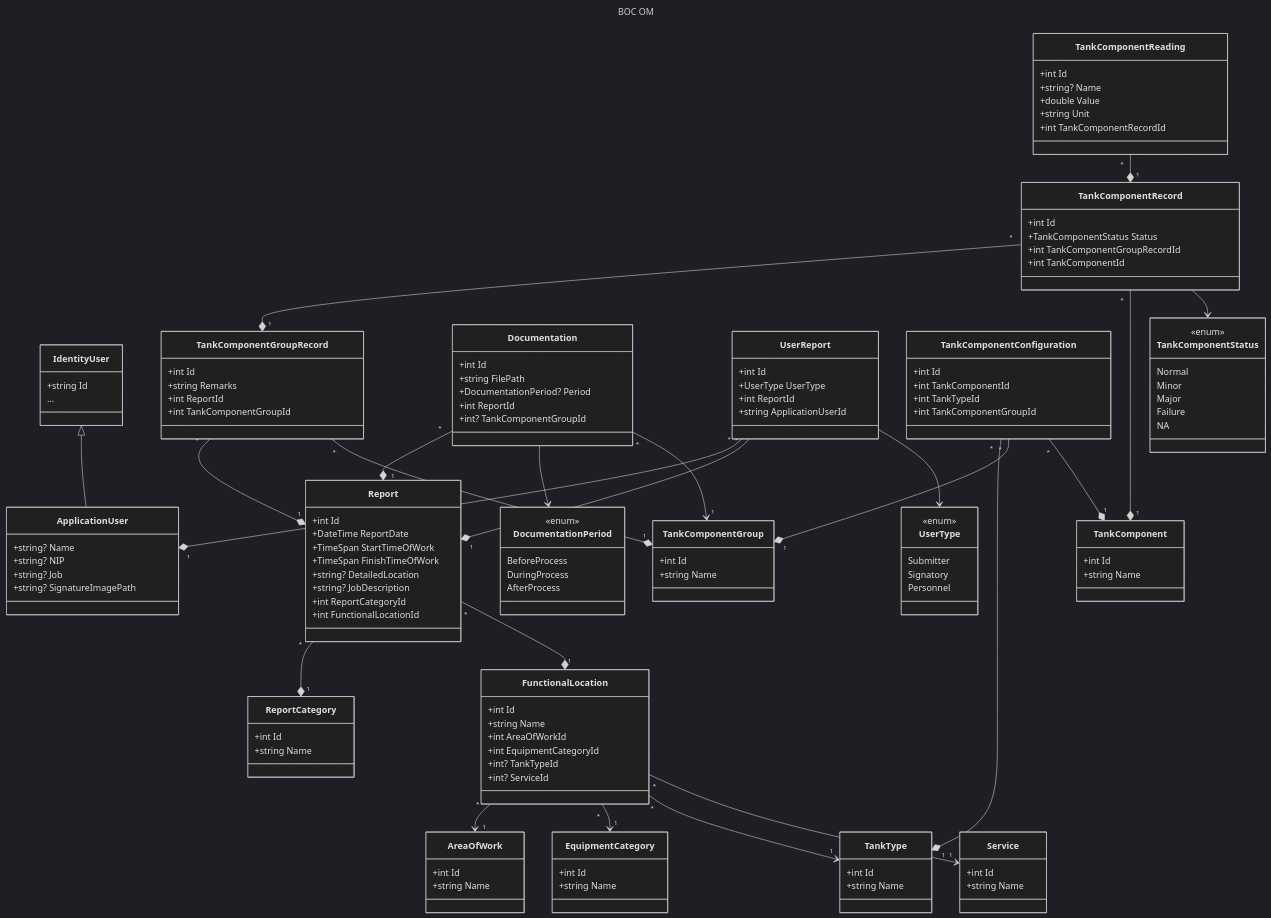
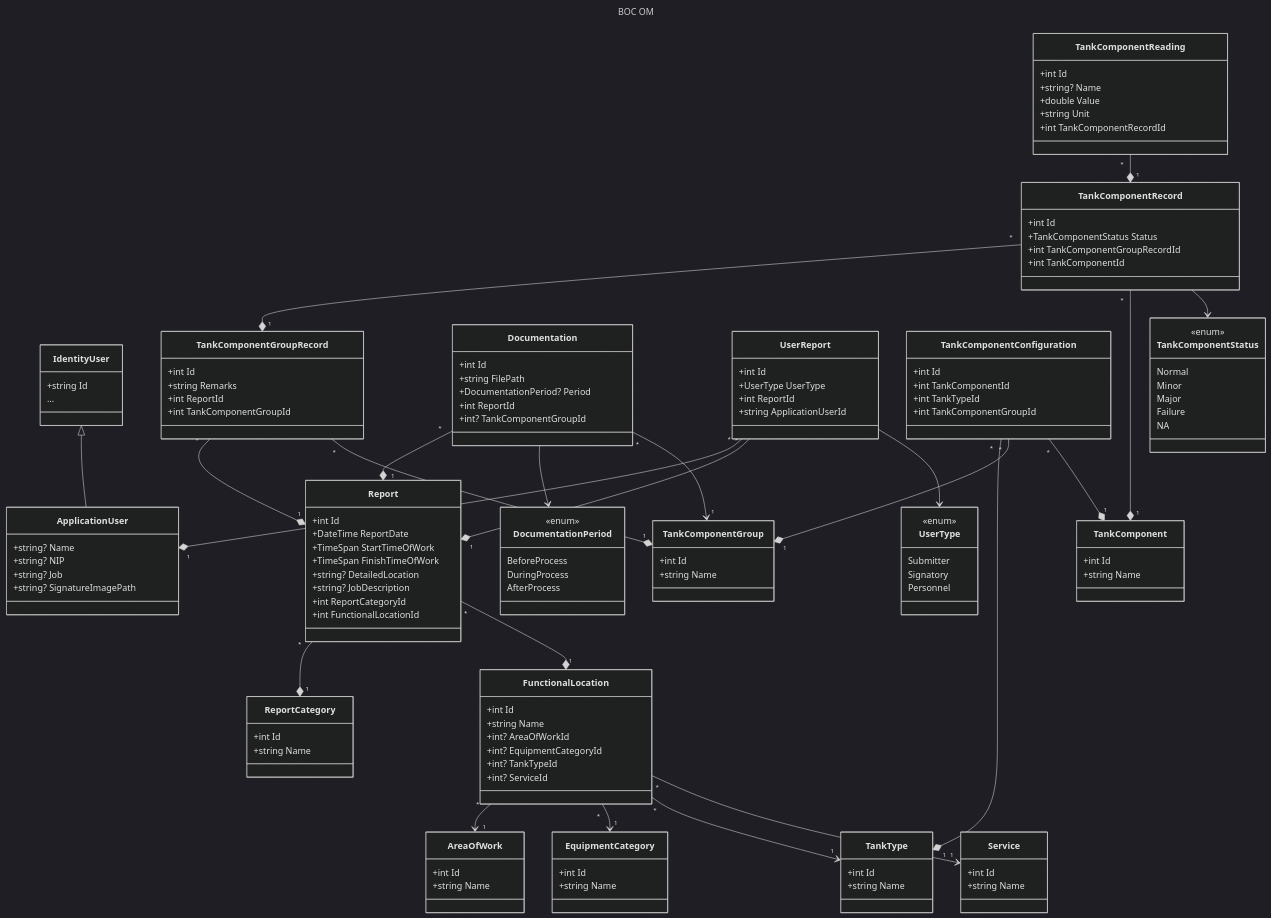
Before and after one commit to billdansr/kanban-boc-om: the fourth of 5 diagrams in Kanban/01-Requirements.md, drawn with Mermaid (dark theme). The commit also changed other lines of this file and 3 other files, not shown here.

```diff
--- a/Kanban/01-Requirements.md
+++ b/Kanban/01-Requirements.md
@@ -634,9 +636,9 @@
 
         +string Name
         
-        +int AreaOfWorkId
+        +int? AreaOfWorkId
         
-        +int EquipmentCategoryId
+        +int? EquipmentCategoryId
 
         +int? TankTypeId
 
```
